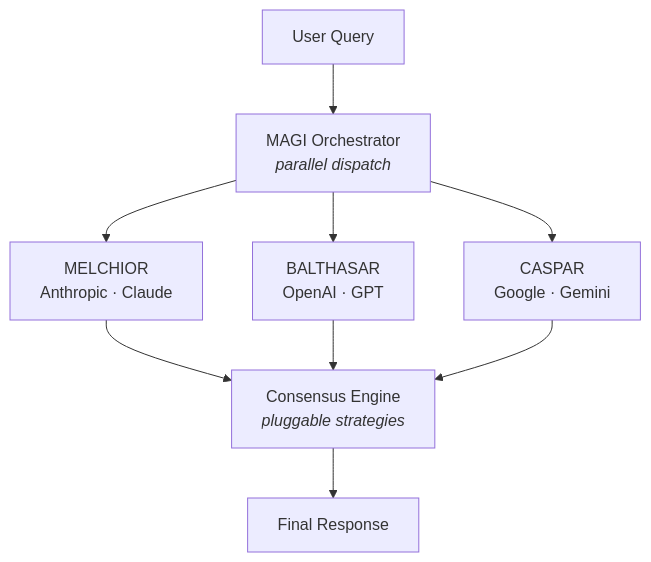
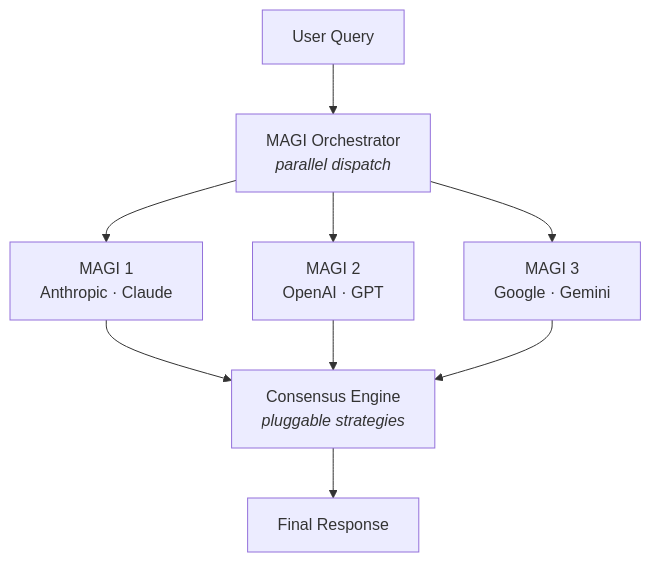
The diagram in README.md (retrobit/magi), drawn with Mermaid before and after one commit. The commit also changed other lines of this file and 34 other files, not shown here.

````diff
--- a/README.md
+++ b/README.md
@@ -31,11 +31,11 @@
 ```mermaid
 graph TD
     A[User Query] --> B[MAGI Orchestrator<br><i>parallel dispatch</i>]
-    B --> C[MELCHIOR<br>Anthropic · Claude]
-    B --> D[BALTHASAR<br>OpenAI · GPT]
-    B --> E[CASPAR<br>Google · Gemini]
+    B --> C[MAGI 1<br>Anthropic · Claude]
+    B --> D[MAGI 2<br>OpenAI · GPT]
+    B --> E[MAGI 3<br>Google · Gemini]
     C --> F[Consensus Engine<br><i>pluggable strategies</i>]
     D --> F
     E --> F
     F --> G[Final Response]
 ```
````
